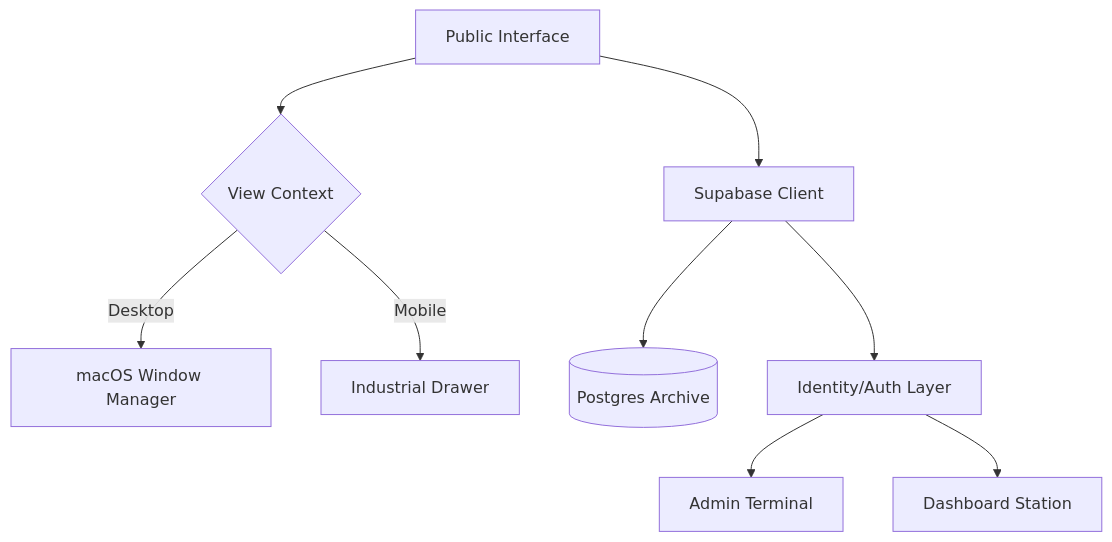
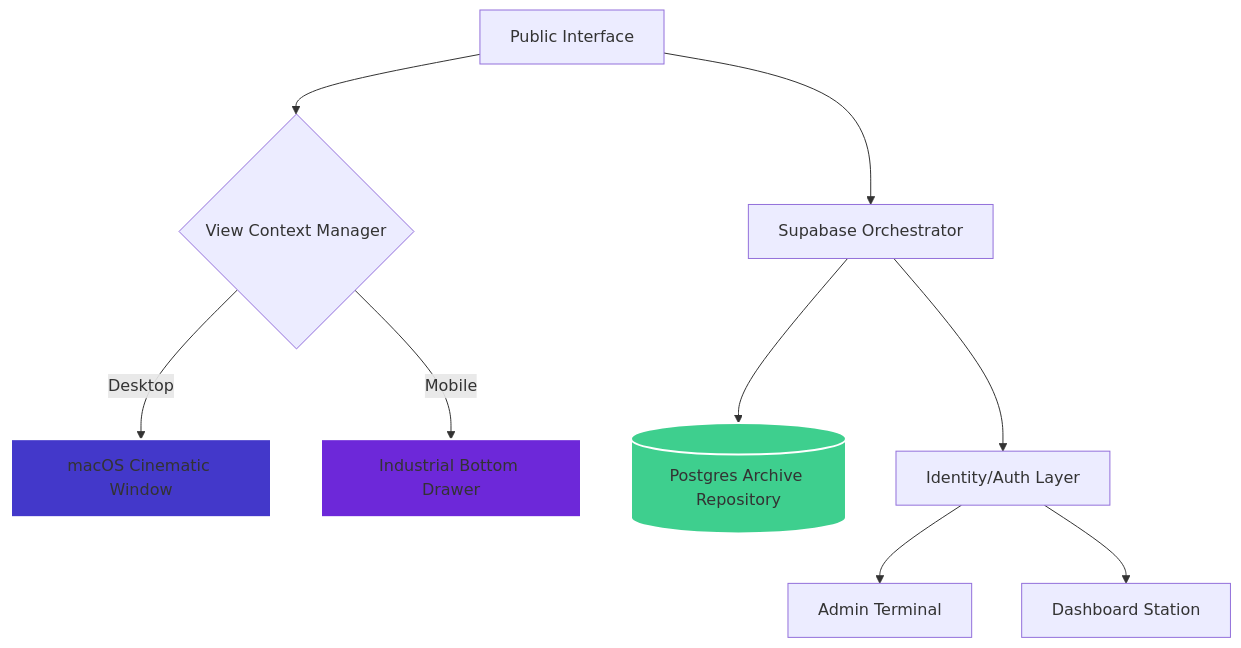
Before and after one commit to Naein19/PYQ-S-HUB: the diagram in README.md, drawn with Mermaid. The commit also changed other lines of this file and 46 other files, not shown here.

````diff
--- a/README.md
+++ b/README.md
@@ -57,11 +56,15 @@
 ```mermaid
 graph TD
-    A[Public Interface] --> B{View Context}
-    B -->|Desktop| C[macOS Window Manager]
-    B -->|Mobile| D[Industrial Drawer]
-    A --> E[Supabase Client]
-    E --> F[(Postgres Archive)]
+    A[Public Interface] --> B{View Context Manager}
+    B -->|Desktop| C[macOS Cinematic Window]
+    B -->|Mobile| D[Industrial Bottom Drawer]
+    A --> E[Supabase Orchestrator]
+    E --> F[(Postgres Archive Repository)]
     E --> G[Identity/Auth Layer]
     G --> H[Admin Terminal]
     G --> I[Dashboard Station]
+    
+    style C fill:#4338CA,stroke:#fff,stroke-width:2px
+    style D fill:#6D28D9,stroke:#fff,stroke-width:2px
+    style F fill:#3ECF8E,stroke:#fff,stroke-width:2px
 ```
````
